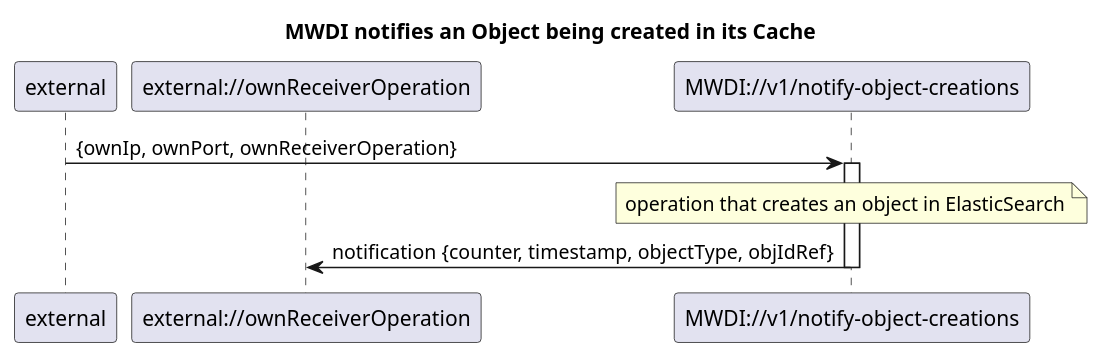
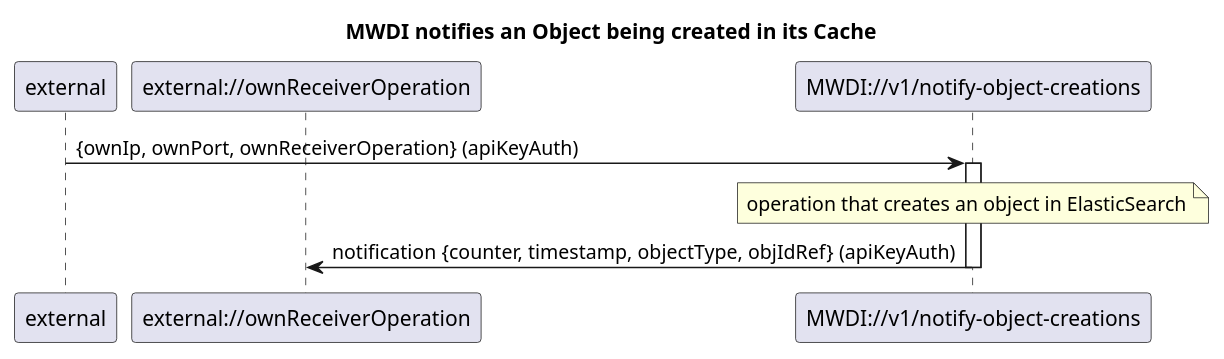
Before and after one commit to openBackhaul/MicroWaveDeviceInventory: the diagram in spec/diagrams/121_MwdiNotifiesObjectCreation.plantuml, drawn with PlantUML. The commit also changed 9 other files, not shown here.

Commit message:
Update ServiceList based on diagrams

```diff
--- a/spec/diagrams/121_MwdiNotifiesObjectCreation.plantuml
+++ b/spec/diagrams/121_MwdiNotifiesObjectCreation.plantuml
@@ -1,18 +1,18 @@
 @startuml 121_MwdiNotifiesObjectCreation
 skinparam responseMessageBelowArrow true
 
 title MWDI notifies an Object being created in its Cache
 
 participant "external" as external
 participant "external://ownReceiverOperation" as receiverOperation
 participant "MWDI://v1/notify-object-creations" as notifyObjectCreation
 
-external -> notifyObjectCreation: {ownIp, ownPort, ownReceiverOperation}
+external -> notifyObjectCreation: {ownIp, ownPort, ownReceiverOperation} (apiKeyAuth)
 activate notifyObjectCreation
 
 note over notifyObjectCreation: operation that creates an object in ElasticSearch
 
-notifyObjectCreation -> receiverOperation: notification {counter, timestamp, objectType, objIdRef}
+notifyObjectCreation -> receiverOperation: notification {counter, timestamp, objectType, objIdRef} (apiKeyAuth)
 deactivate notifyObjectCreation
 
 @enduml
```
